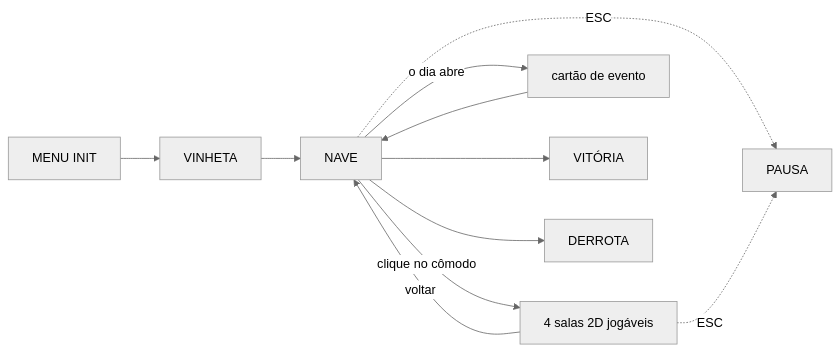
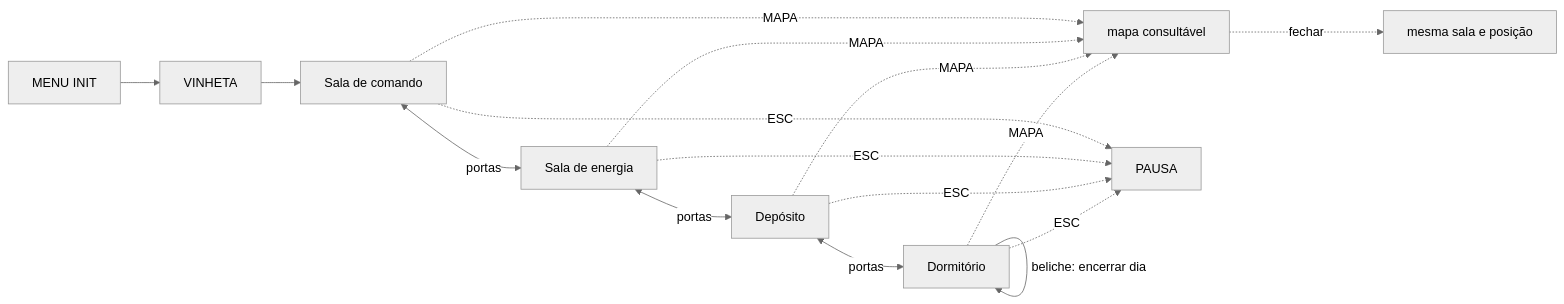
Before and after one commit to shelldonryan/gtd_example: the diagram in interface/FLOW.md, drawn with Mermaid (neutral theme). The commit also changed other lines of this file and 16 other files, not shown here.

````diff
--- a/interface/FLOW.md
+++ b/interface/FLOW.md
@@ -22,12 +22,17 @@
 ```mermaid
 graph LR
-  INIT["MENU INIT"] --> VINHETA --> NAVE
-  NAVE -->|clique no cômodo| SALAS["4 salas 2D jogáveis"]
-  SALAS -->|voltar| NAVE
-  NAVE -.->|ESC| PAUSA["PAUSA"]
-  SALAS -.->|ESC| PAUSA
-  NAVE -->|o dia abre| EVENTO["cartão de evento"]
-  EVENTO --> NAVE
-  NAVE --> VITORIA["VITÓRIA"]
-  NAVE --> DERROTA["DERROTA"]
+  INIT["MENU INIT"] --> VINHETA --> COMANDO["Sala de comando"]
+  COMANDO <-->|portas| ENERGIA["Sala de energia"]
+  ENERGIA <-->|portas| DEPOSITO["Depósito"]
+  DEPOSITO <-->|portas| DORMITORIO["Dormitório"]
+  DORMITORIO -->|beliche: encerrar dia| DORMITORIO
+  COMANDO -.->|MAPA| MAPA["mapa consultável"]
+  ENERGIA -.->|MAPA| MAPA
+  DEPOSITO -.->|MAPA| MAPA
+  DORMITORIO -.->|MAPA| MAPA
+  MAPA -.->|fechar| SALA_ATUAL["mesma sala e posição"]
+  COMANDO -.->|ESC| PAUSA["PAUSA"]
+  ENERGIA -.->|ESC| PAUSA
+  DEPOSITO -.->|ESC| PAUSA
+  DORMITORIO -.->|ESC| PAUSA
 ```
````
